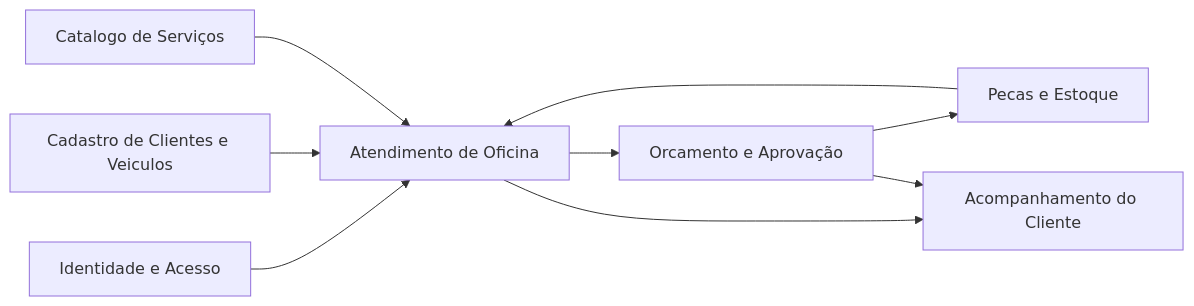
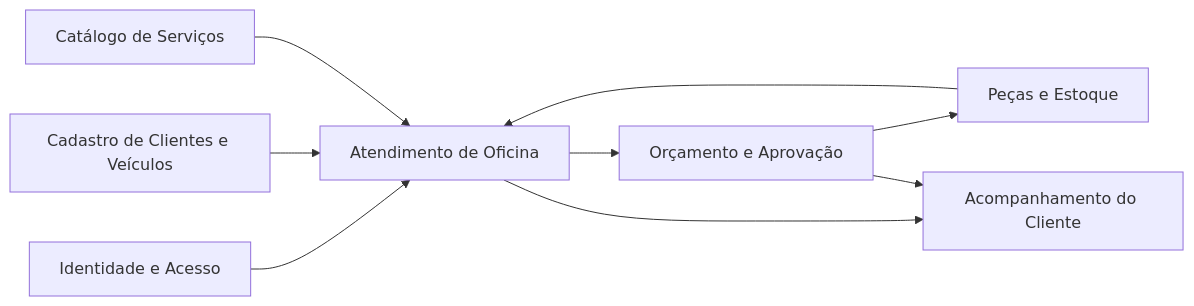
One commit to yxsbx/SOAT-FIAP changed the first of 4 diagrams in docs/DDD_DOCUMENTATION.md. Above: the diagram before and after it, drawn with Mermaid. The commit also changed other lines of this file and 13 other files, not shown here.

````diff
--- a/docs/DDD_DOCUMENTATION.md
+++ b/docs/DDD_DOCUMENTATION.md
@@ -341,19 +339,19 @@
 ```mermaid
 flowchart LR
     IA["Identidade e Acesso"]
-    CAD["Cadastro de Clientes e Veiculos"]
-    CAT["Catalogo de Serviços"]
-    EST["Pecas e Estoque"]
+    CAD["Cadastro de Clientes e Veículos"]
+    CAT["Catálogo de Serviços"]
+    EST["Peças e Estoque"]
     OS["Atendimento de Oficina"]
-    ORC["Orcamento e Aprovação"]
+    ORC["Orçamento e Aprovação"]
     CLI["Acompanhamento do Cliente"]
 
     IA --> OS
     CAD --> OS
     CAT --> OS
     EST --> OS
     OS --> ORC
     ORC --> EST
     OS --> CLI
     ORC --> CLI
 ```
````
